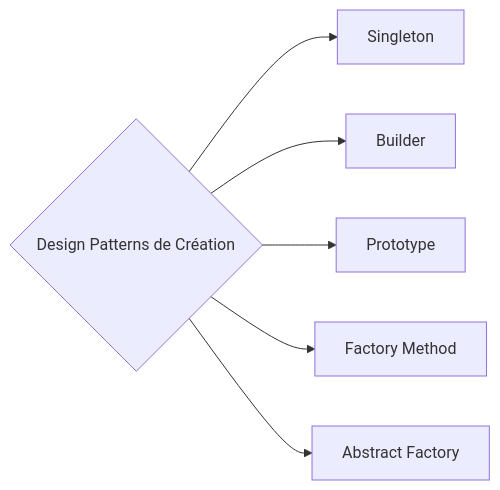
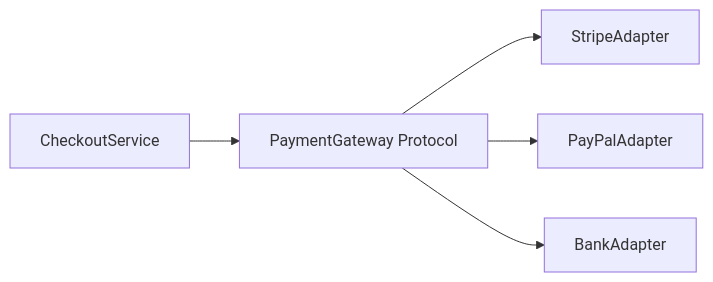
One commit to michaellaunay/NotesPubliques changed the fourth of 5 diagrams in cours/Design patterns.md. Above: the diagram before and after it, drawn with Mermaid. The commit also changed other lines of this file, not shown here.

````diff
--- a/cours/Design patterns.md
+++ b/cours/Design patterns.md
@@ -195,8 +1982,7 @@
 ```mermaid
 graph LR
-    A{Design Patterns de Création} --> B[Singleton]
-    A --> C[Builder]
-    A --> D[Prototype]
-    A --> E[Factory Method]
-    A --> F[Abstract Factory]
+    C[CheckoutService] --> P[PaymentGateway Protocol]
+    P --> S[StripeAdapter]
+    P --> PP[PayPalAdapter]
+    P --> B[BankAdapter]
 ```
````
